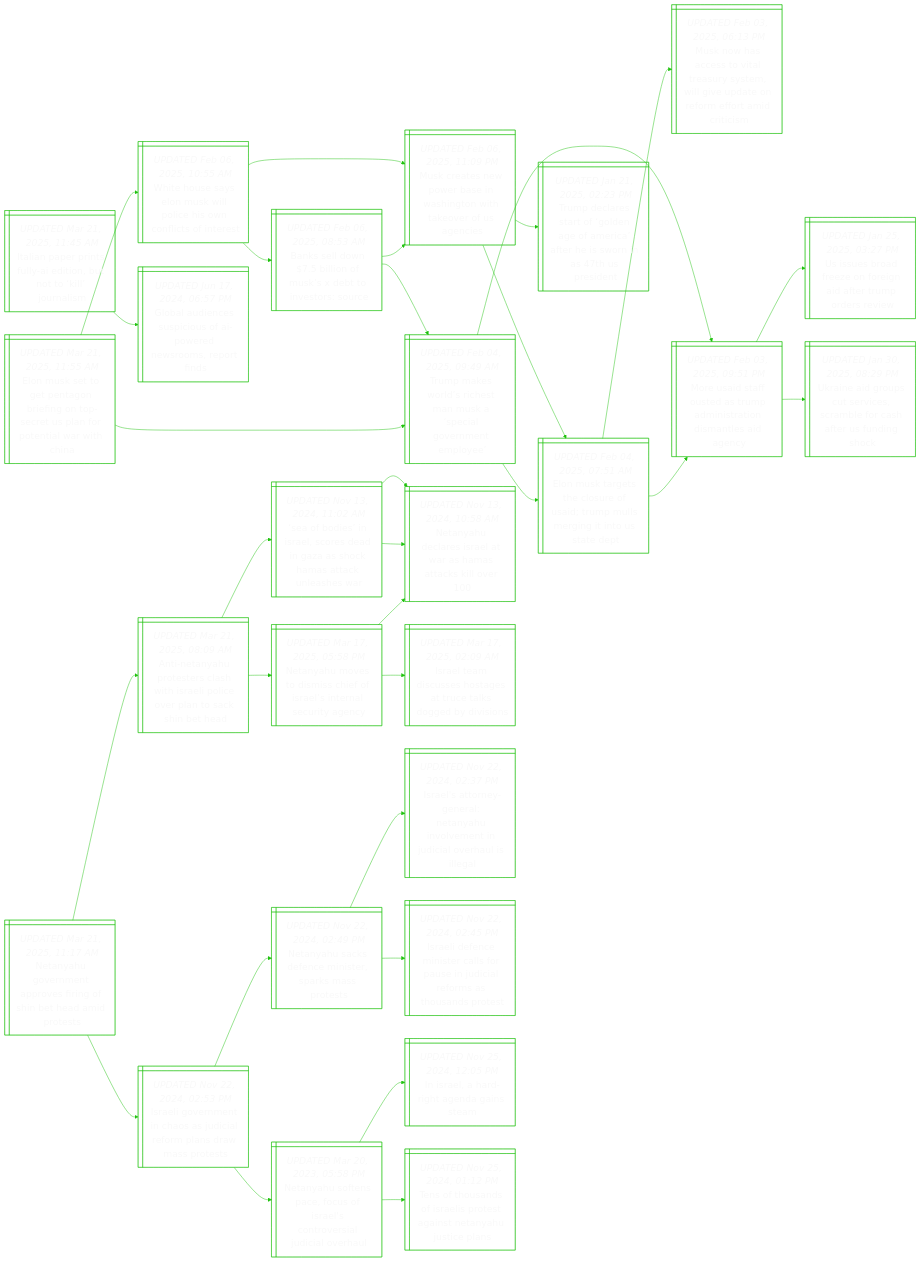
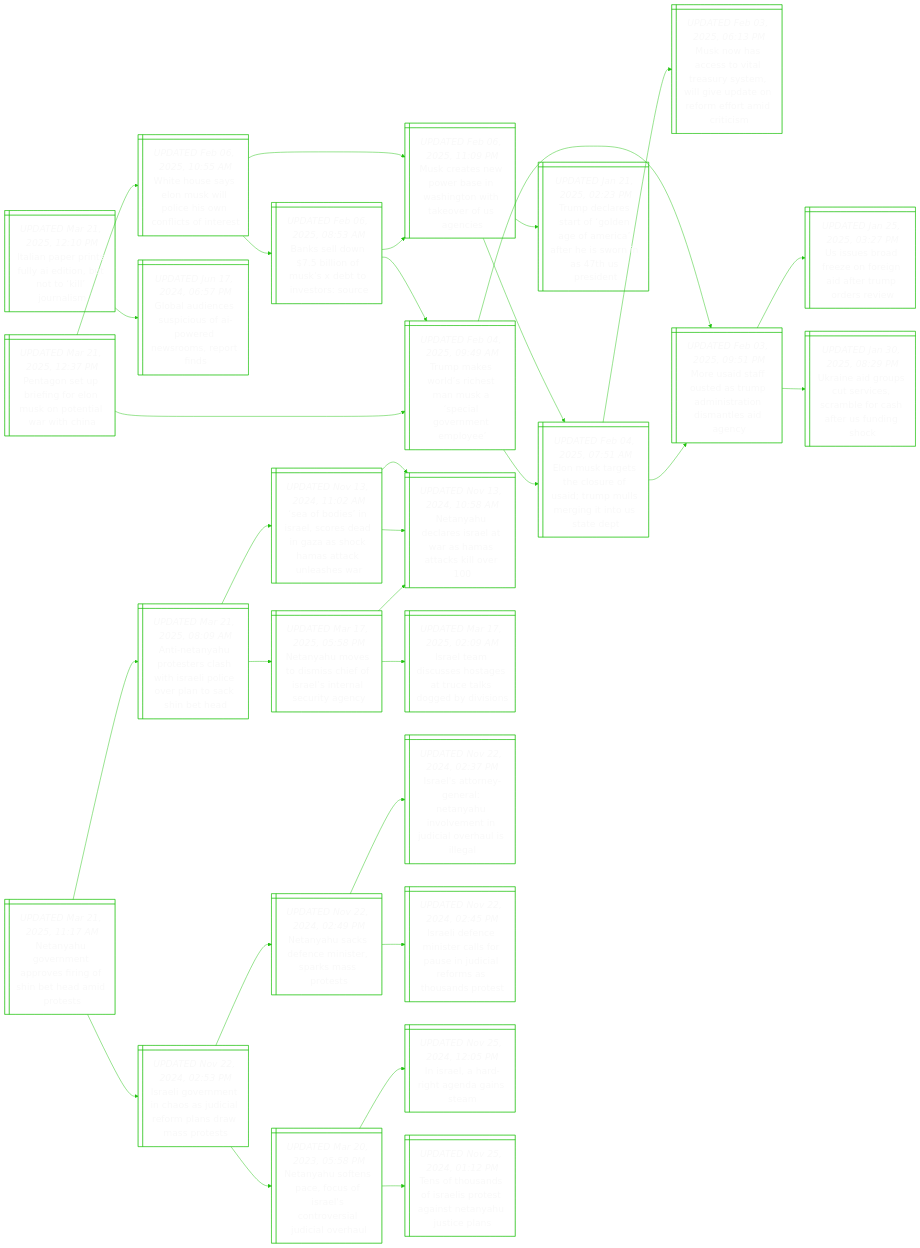
The diagram in README.md (notJmes/notJmes), drawn with Mermaid before and after one commit. The commit also changed other lines of this file, not shown here.

```diff
--- a/README.md
+++ b/README.md
@@ -16,8 +16,8 @@
 flowchart LR
 classDef txtsize font-size:20px;
 
-Euttarnorpoelii@{ shape: win-pane, label: "_UPDATED Mar 21, 2025, 11:55 AM_
-Elon musk set to get pentagon briefing on top-secret us plan for potential war with china" }
+PgtiglsoirC@{ shape: win-pane, label: "_UPDATED Mar 21, 2025, 12:37 PM_
+Pentagon set up briefing for elon musk on potential war with china" }
 Tmwsenaivepe@{ shape: win-pane, label: "_UPDATED Feb 04, 2025, 09:49 AM_
 Trump makes world’s richest man musk a ‘special government employee’" }
 EurtooimlgtUtt@{ shape: win-pane, label: "_UPDATED Feb 04, 2025, 07:51 AM_
@@ -47,14 +47,14 @@
 EurtooimlgtUtt@{ shape: win-pane, label: "_UPDATED Feb 04, 2025, 07:51 AM_
 Elon musk targets the closure of usaid; trump mulls merging it into us state dept" }
 
-Euttarnorpoelii:::txtsize --> Tmwsenaivepe:::txtsize
+PgtiglsoirC:::txtsize --> Tmwsenaivepe:::txtsize
 Tmwsenaivepe:::txtsize --> EurtooimlgtUtt:::txtsize
 EurtooimlgtUtt:::txtsize --> Moasteyelueffari:::txtsize
 EurtooimlgtUtt:::txtsize --> MStuamirnasg:::txtsize
 Tmwsenaivepe:::txtsize --> MStuamirnasg:::txtsize
 MStuamirnasg:::txtsize --> Uuoenidrpri:::txtsize
 MStuamirnasg:::txtsize --> Ungseeafseugk:::txtsize
-Euttarnorpoelii:::txtsize --> WHslslcontns:::txtsize
+PgtiglsoirC:::txtsize --> WHslslcontns:::txtsize
 WHslslcontns:::txtsize --> Bsolokbnou:::txtsize
 Bsolokbnou:::txtsize --> MrsoaWnwaeSc:::txtsize
 Bsolokbnou:::txtsize --> Tmwsenaivepe:::txtsize
@@ -62,8 +62,8 @@
 MrsoaWnwaeSc:::txtsize --> TdragnfitirsPd:::txtsize
 MrsoaWnwaeSc:::txtsize --> EurtooimlgtUtt:::txtsize
 
-Iaenleonkol@{ shape: win-pane, label: "_UPDATED Mar 21, 2025, 11:45 AM_
-Italian paper prints fully-ai edition, but not to ‘kill’ journalism" }
+Iaenleonkol@{ shape: win-pane, label: "_UPDATED Mar 21, 2025, 12:10 PM_
+Italian paper prints fully ai edition, but not to ‘kill’ journalism" }
 Glescoodrrts@{ shape: win-pane, label: "_UPDATED Jun 17, 2024, 06:57 PM_
 Global audiences suspicious of ai-powered newsrooms, report finds" }
 
```
